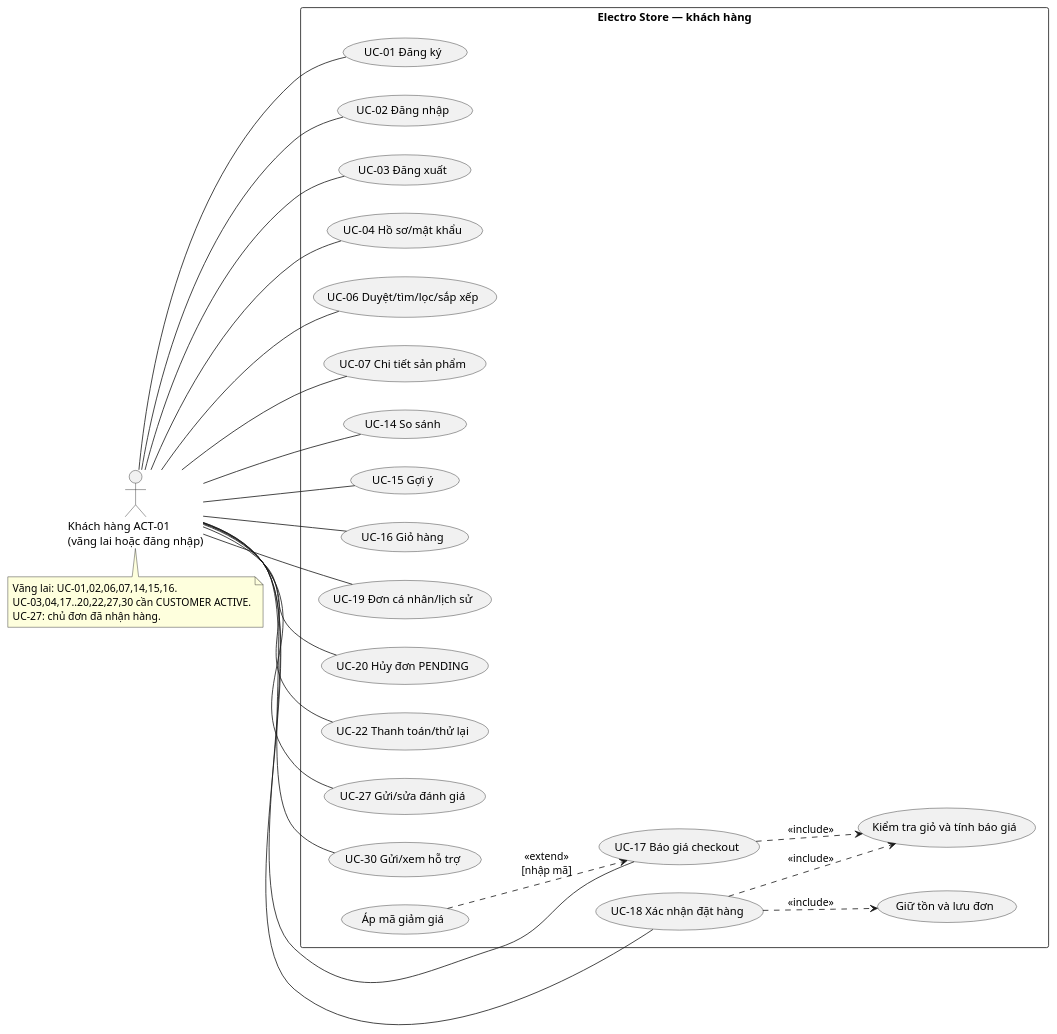
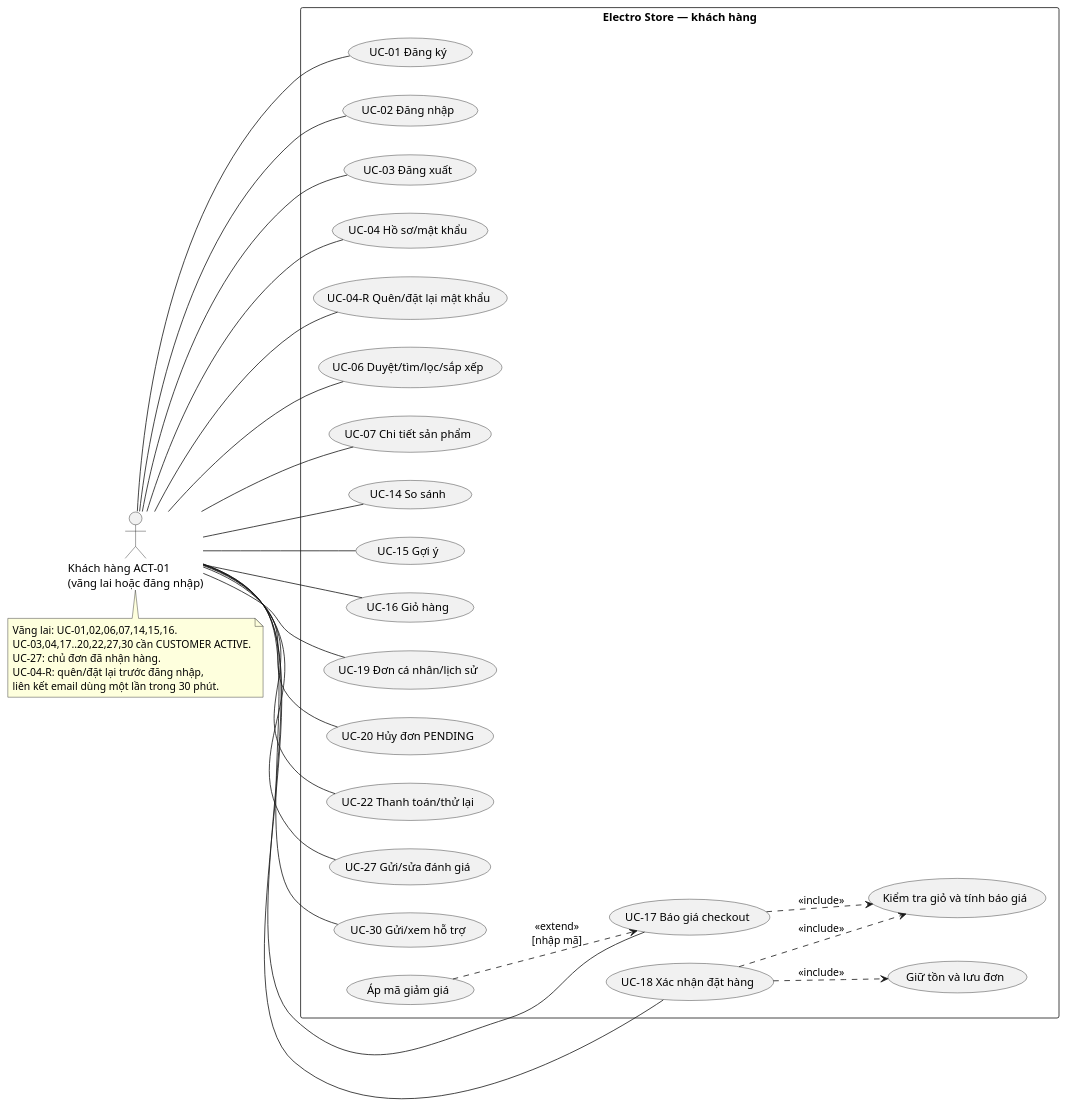
Before and after one commit to hungpkaa/x-y-d-ng-web-b-n-h-ng-i-n-t-cho-m-t-c-a-h-ng: the diagram in docs/diagrams/01_khach_hang.puml, drawn with PlantUML. The commit also changed 134 other files, not shown here.

```diff
--- a/docs/diagrams/01_khach_hang.puml
+++ b/docs/diagrams/01_khach_hang.puml
@@ -1,50 +1,54 @@
 @startuml
 left to right direction
 actor "Khách hàng ACT-01\n(vãng lai hoặc đăng nhập)" as K
 rectangle "Electro Store — khách hàng" {
   usecase "UC-01 Đăng ký" as U01
   usecase "UC-02 Đăng nhập" as U02
   usecase "UC-03 Đăng xuất" as U03
   usecase "UC-04 Hồ sơ/mật khẩu" as U04
+  usecase "UC-04-R Quên/đặt lại mật khẩu" as reset
   usecase "UC-06 Duyệt/tìm/lọc/sắp xếp" as U06
   usecase "UC-07 Chi tiết sản phẩm" as U07
   usecase "UC-14 So sánh" as U14
   usecase "UC-15 Gợi ý" as U15
   usecase "UC-16 Giỏ hàng" as U16
   usecase "UC-17 Báo giá checkout" as U17
   usecase "UC-18 Xác nhận đặt hàng" as U18
   usecase "UC-19 Đơn cá nhân/lịch sử" as U19
   usecase "UC-20 Hủy đơn PENDING" as U20
   usecase "UC-22 Thanh toán/thử lại" as U22
   usecase "UC-27 Gửi/sửa đánh giá" as U27
   usecase "UC-30 Gửi/xem hỗ trợ" as U30
   usecase "Kiểm tra giỏ và tính báo giá" as check
   usecase "Giữ tồn và lưu đơn" as reserve
   usecase "Áp mã giảm giá" as coupon
 }
 K -- U01
 K -- U02
 K -- U03
 K -- U04
+K -- reset
 K -- U06
 K -- U07
 K -- U14
 K -- U15
 K -- U16
 K -- U17
 K -- U18
 K -- U19
 K -- U20
 K -- U22
 K -- U27
 K -- U30
 U17 ..> check : <<include>>
 U18 ..> check : <<include>>
 U18 ..> reserve : <<include>>
 coupon ..> U17 : <<extend>>\n[nhập mã]
 note bottom of K
 Vãng lai: UC-01,02,06,07,14,15,16.
 UC-03,04,17..20,22,27,30 cần CUSTOMER ACTIVE.
 UC-27: chủ đơn đã nhận hàng.
+UC-04-R: quên/đặt lại trước đăng nhập,
+liên kết email dùng một lần trong 30 phút.
 end note
 @enduml
```
